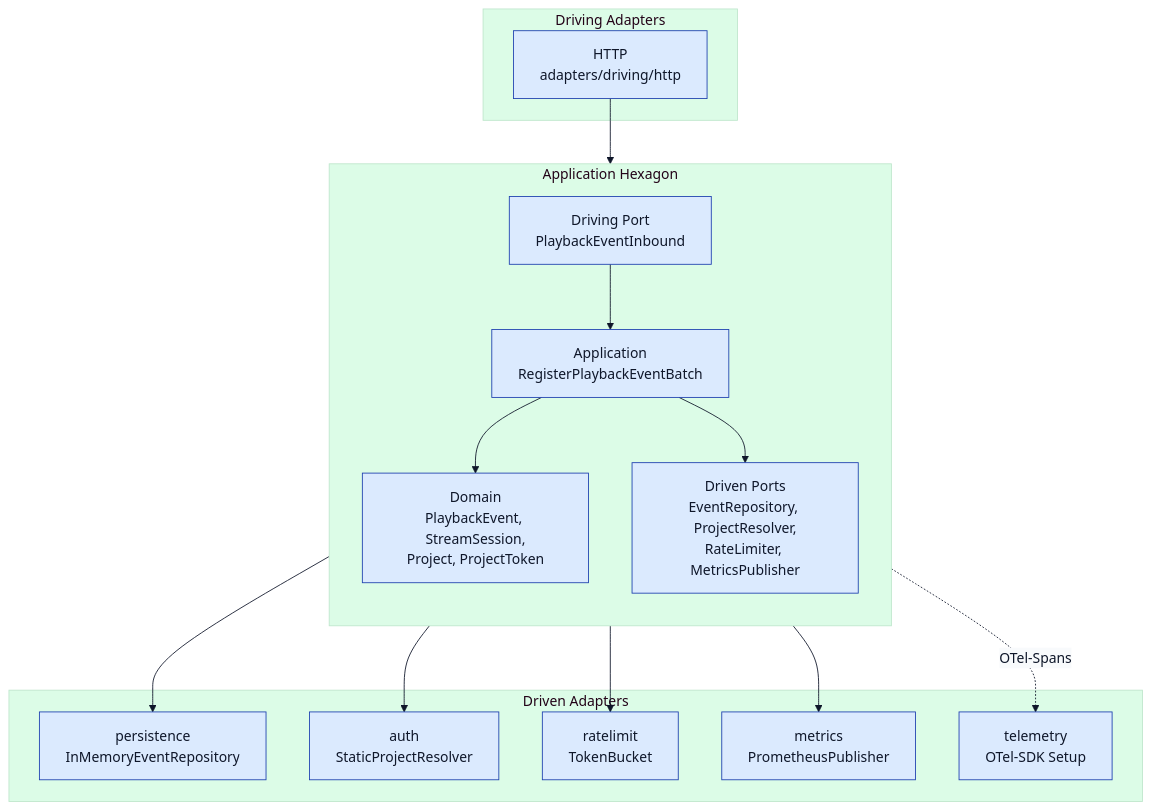
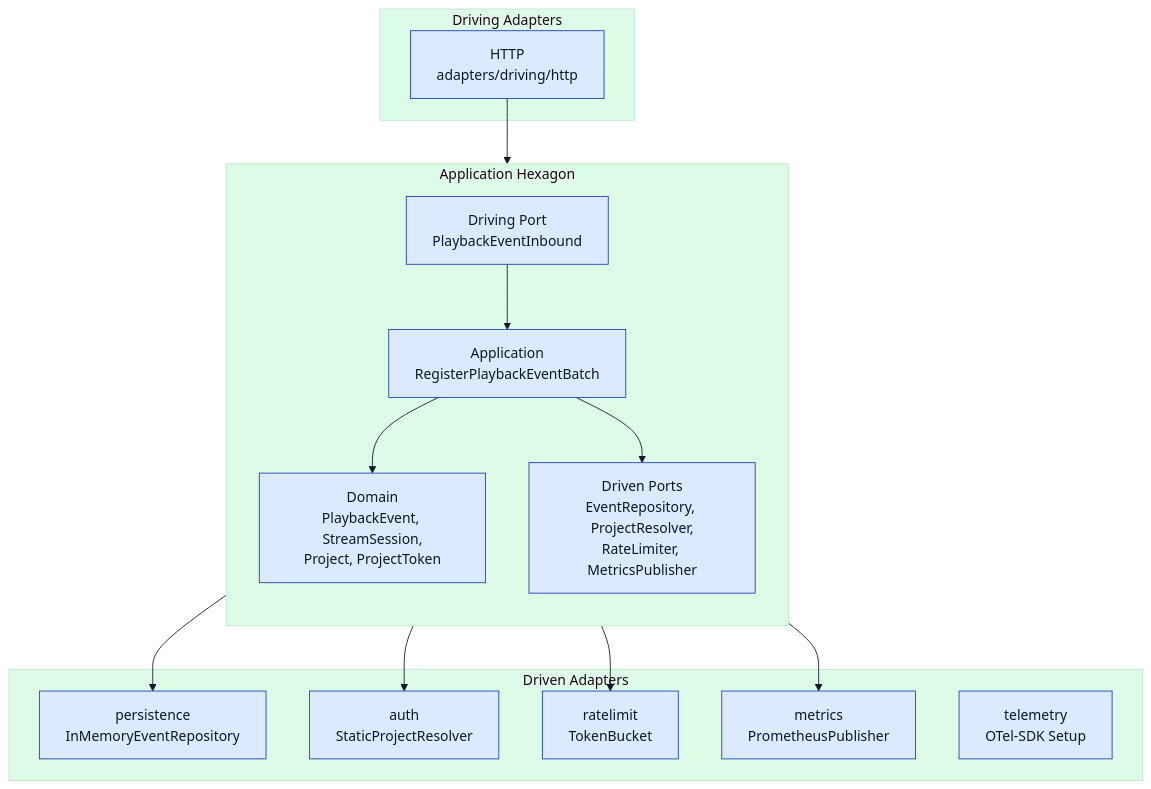
Before and after one commit to pt9912/m-trace: the second of 6 diagrams in docs/architecture.md, drawn with Mermaid. The commit also changed other lines of this file, not shown here.

First line of the commit message:
docs(architecture): trenne Ist-Zustand von Zielarchitektur (Findings)

````diff
--- a/docs/architecture.md
+++ b/docs/architecture.md
@@ -94,34 +101,33 @@
 ```mermaid
 %%{init: {'theme':'base','themeVariables':{'background':'#f8fafc','primaryColor':'#dbeafe','primaryTextColor':'#0f172a','primaryBorderColor':'#1e40af','lineColor':'#0f172a','secondaryColor':'#fef3c7','tertiaryColor':'#dcfce7','noteBkgColor':'#fef3c7','noteTextColor':'#0f172a','noteBorderColor':'#a16207','actorBkg':'#dbeafe','actorBorder':'#1e40af','actorTextColor':'#0f172a','actorLineColor':'#475569','signalColor':'#0f172a','signalTextColor':'#0f172a','sequenceNumberColor':'#ffffff','labelTextColor':'#0f172a','loopTextColor':'#0f172a','edgeLabelBackground':'#f8fafc'}}}%%
 flowchart TB
     subgraph driving["Driving Adapters"]
         HTTP["HTTP<br/>adapters/driving/http"]
     end
 
     subgraph hexagon["Application Hexagon"]
         direction TB
         InPort["Driving Port<br/>PlaybackEventInbound"]
         UseCase["Application<br/>RegisterPlaybackEventBatch"]
         Domain["Domain<br/>PlaybackEvent, StreamSession,<br/>Project, ProjectToken"]
         OutPorts["Driven Ports<br/>EventRepository, ProjectResolver,<br/>RateLimiter, MetricsPublisher"]
 
         InPort --> UseCase
         UseCase --> Domain
         UseCase --> OutPorts
     end
 
     subgraph driven["Driven Adapters"]
         Persist["persistence<br/>InMemoryEventRepository"]
         Auth["auth<br/>StaticProjectResolver"]
         Rate["ratelimit<br/>TokenBucket"]
         Metrics["metrics<br/>PrometheusPublisher"]
         Telemetry["telemetry<br/>OTel-SDK Setup"]
     end
 
     HTTP --> InPort
     OutPorts --> Persist
     OutPorts --> Auth
     OutPorts --> Rate
     OutPorts --> Metrics
-    UseCase -.OTel-Spans.-> Telemetry
 ```
````
